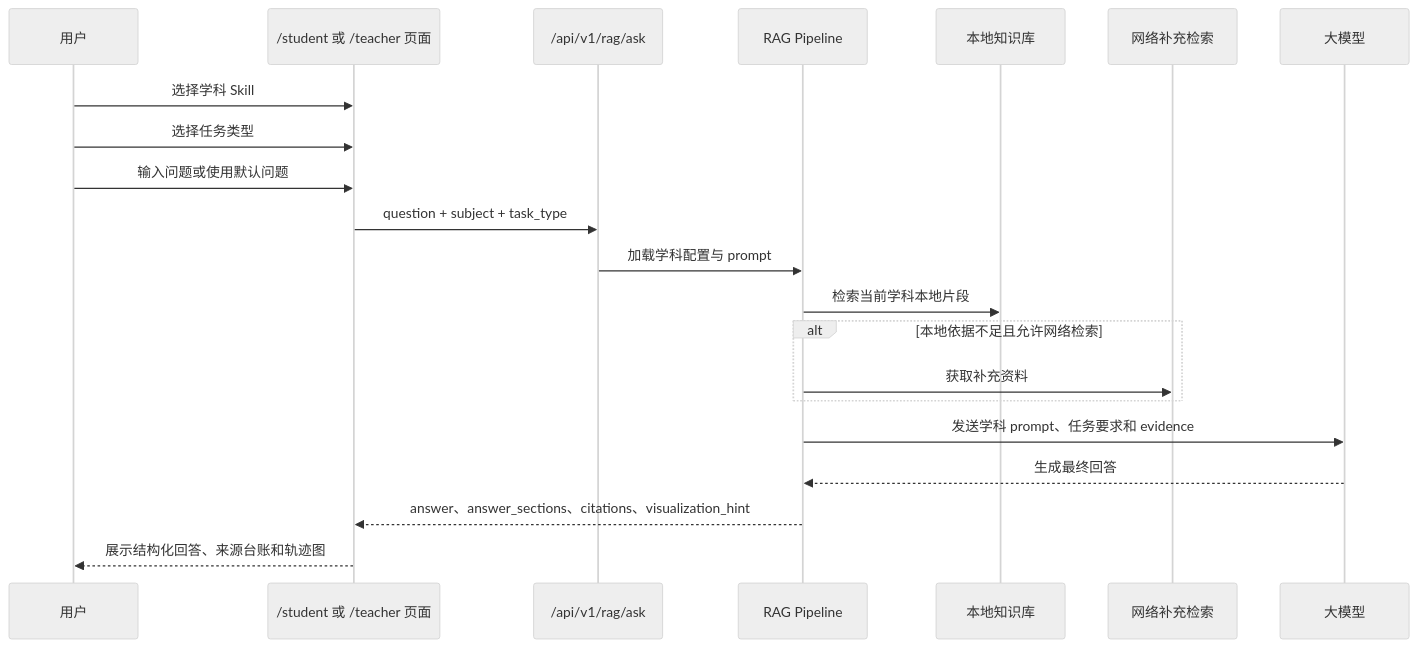
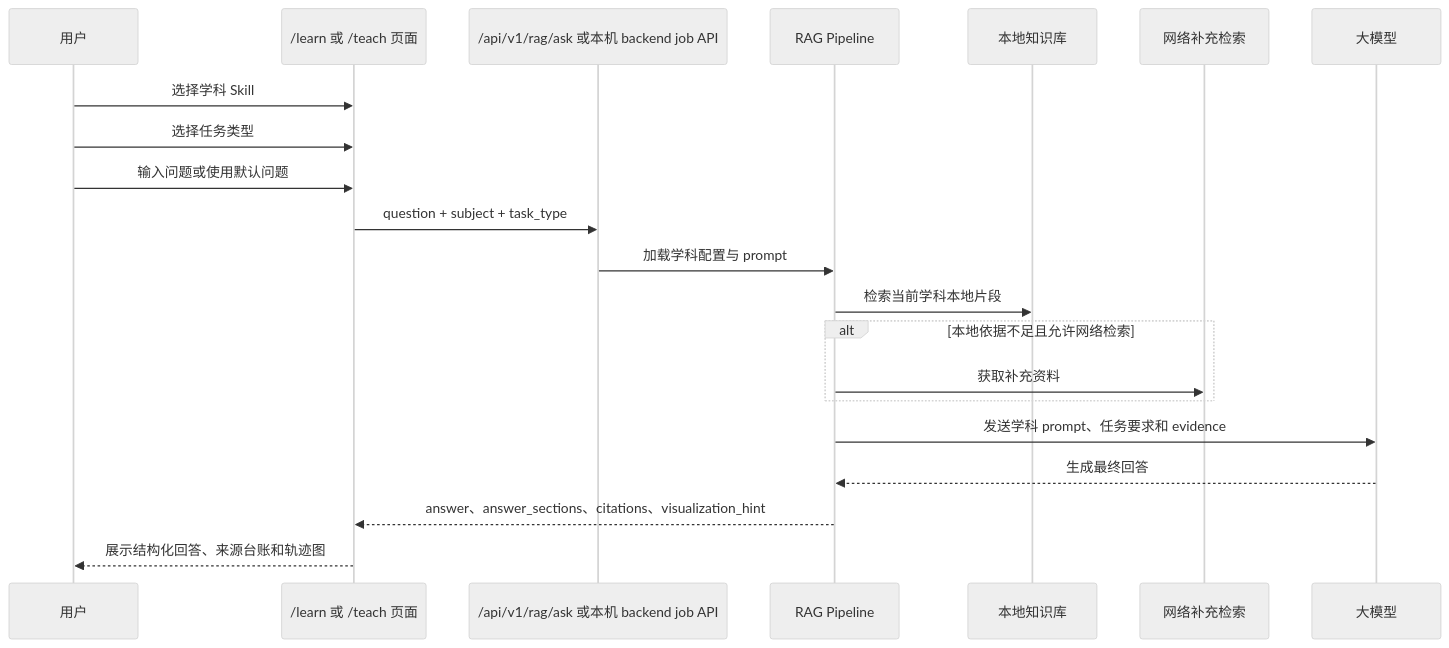
Before and after one commit to hanx-777/STEMotion: the second of 4 diagrams in docs/system_architecture.md, drawn with Mermaid (neutral theme). The commit also changed other lines of this file and 39 other files, not shown here.

Commit message:
refactor: normalize project branding and architecture docs

````diff
--- a/docs/system_architecture.md
+++ b/docs/system_architecture.md
@@ -25,24 +29,24 @@
 ```mermaid
 sequenceDiagram
   participant U as 用户
-  participant P as /student 或 /teacher 页面
-  participant A as /api/v1/rag/ask
+  participant P as /learn 或 /teach 页面
+  participant A as /api/v1/rag/ask 或本机 backend job API
   participant R as RAG Pipeline
   participant L as 本地知识库
   participant W as 网络补充检索
   participant M as 大模型
 
   U->>P: 选择学科 Skill
   U->>P: 选择任务类型
   U->>P: 输入问题或使用默认问题
   P->>A: question + subject + task_type
   A->>R: 加载学科配置与 prompt
   R->>L: 检索当前学科本地片段
   alt 本地依据不足且允许网络检索
     R->>W: 获取补充资料
   end
   R->>M: 发送学科 prompt、任务要求和 evidence
   M-->>R: 生成最终回答
   R-->>P: answer、answer_sections、citations、visualization_hint
   P-->>U: 展示结构化回答、来源台账和轨迹图
 ```
````
